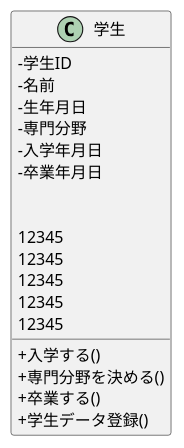
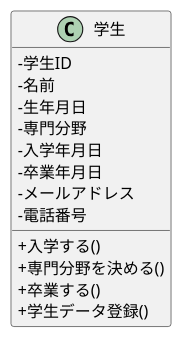
The diagram in 05_web_ronbun/class.pu (ko246/ohara_uml), drawn with PlantUML before and after one commit. The commit also changed 1 other file, not shown here.

```diff
--- a/05_web_ronbun/class.pu
+++ b/05_web_ronbun/class.pu
@@ -1,26 +1,20 @@
 @startuml class
 skinparam classAttributeIconSize 0
 class 学生 {
-
     -学生ID 
     -名前
     -生年月日
     -専門分野
     -入学年月日
     -卒業年月日
+    -メールアドレス
+    -電話番号
 
     +入学する()
     +専門分野を決める()
     +卒業する()
     ' シーケンス図をもとに追加
     +学生データ登録()
-
-    12345
-    12345
-    12345
-    12345
-    12345
-
 }
 
 @enduml
```
